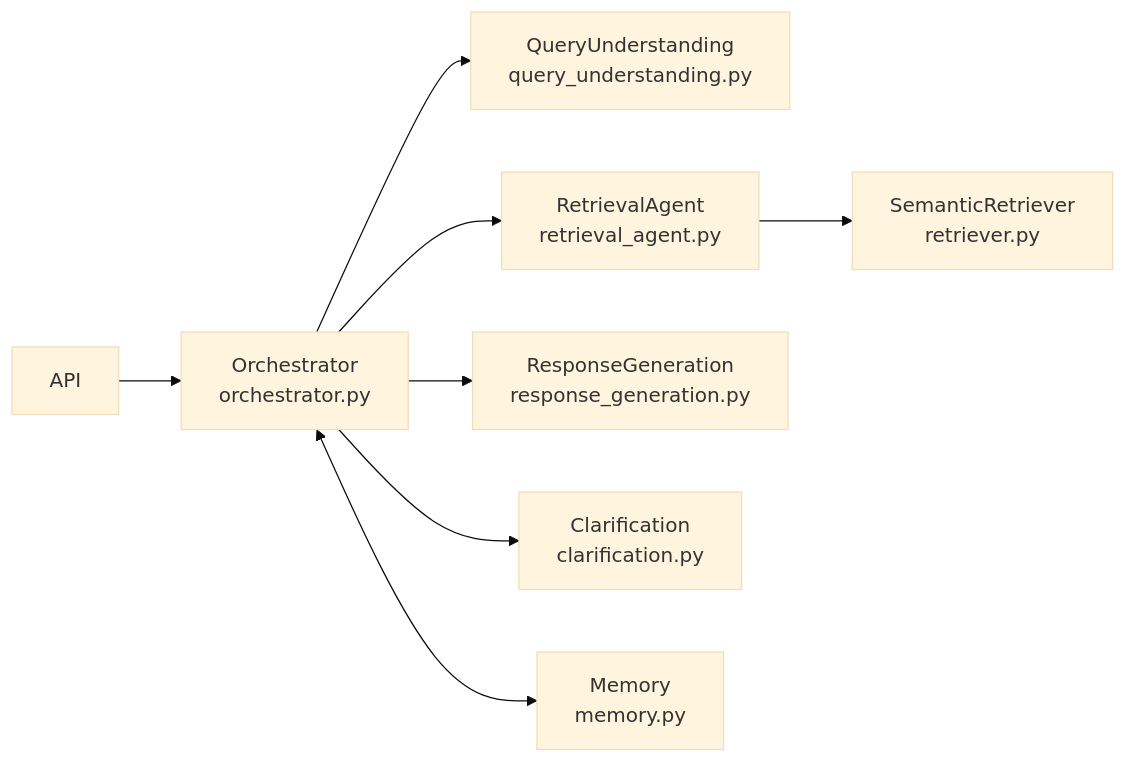
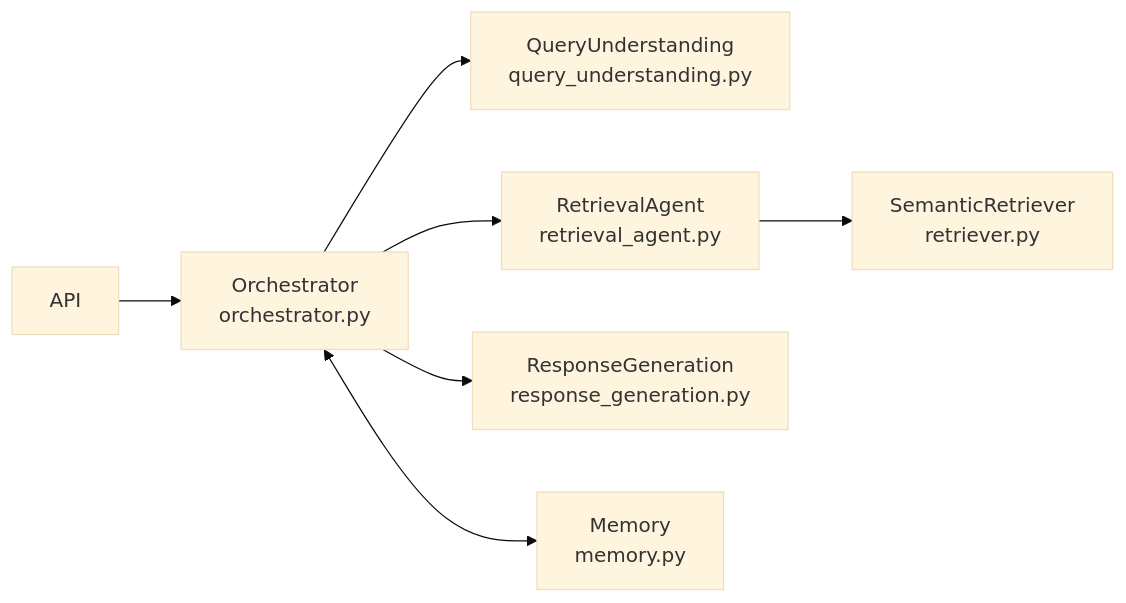
The diagram in docs/architecture-decisions.md (Jhansi1717/rag-multi-agent-knowledge-assistant), drawn with Mermaid (base theme) before and after one commit. The commit also changed other lines of this file and 27 other files, not shown here.

````diff
--- a/docs/architecture-decisions.md
+++ b/docs/architecture-decisions.md
@@ -144,10 +144,9 @@
 ```mermaid
 flowchart LR
     API --> ORCH["Orchestrator\norchestrator.py"]
     ORCH --> QU["QueryUnderstanding\nquery_understanding.py"]
     ORCH --> RA["RetrievalAgent\nretrieval_agent.py"]
     RA --> SR["SemanticRetriever\nretriever.py"]
     ORCH --> RG["ResponseGeneration\nresponse_generation.py"]
-    ORCH --> CLAR["Clarification\nclarification.py"]
     ORCH <--> MEM["Memory\nmemory.py"]
 ```
````
